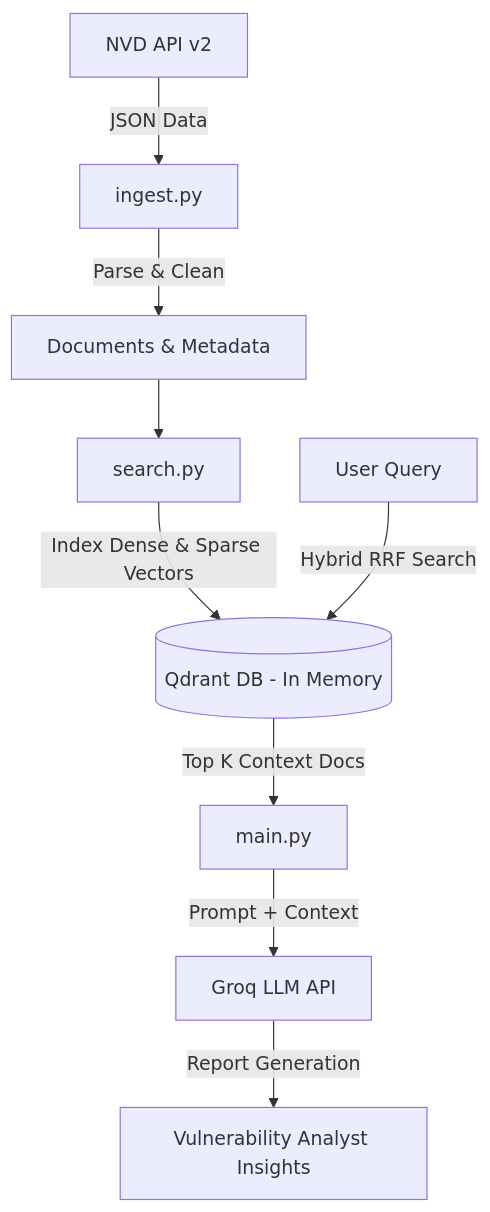
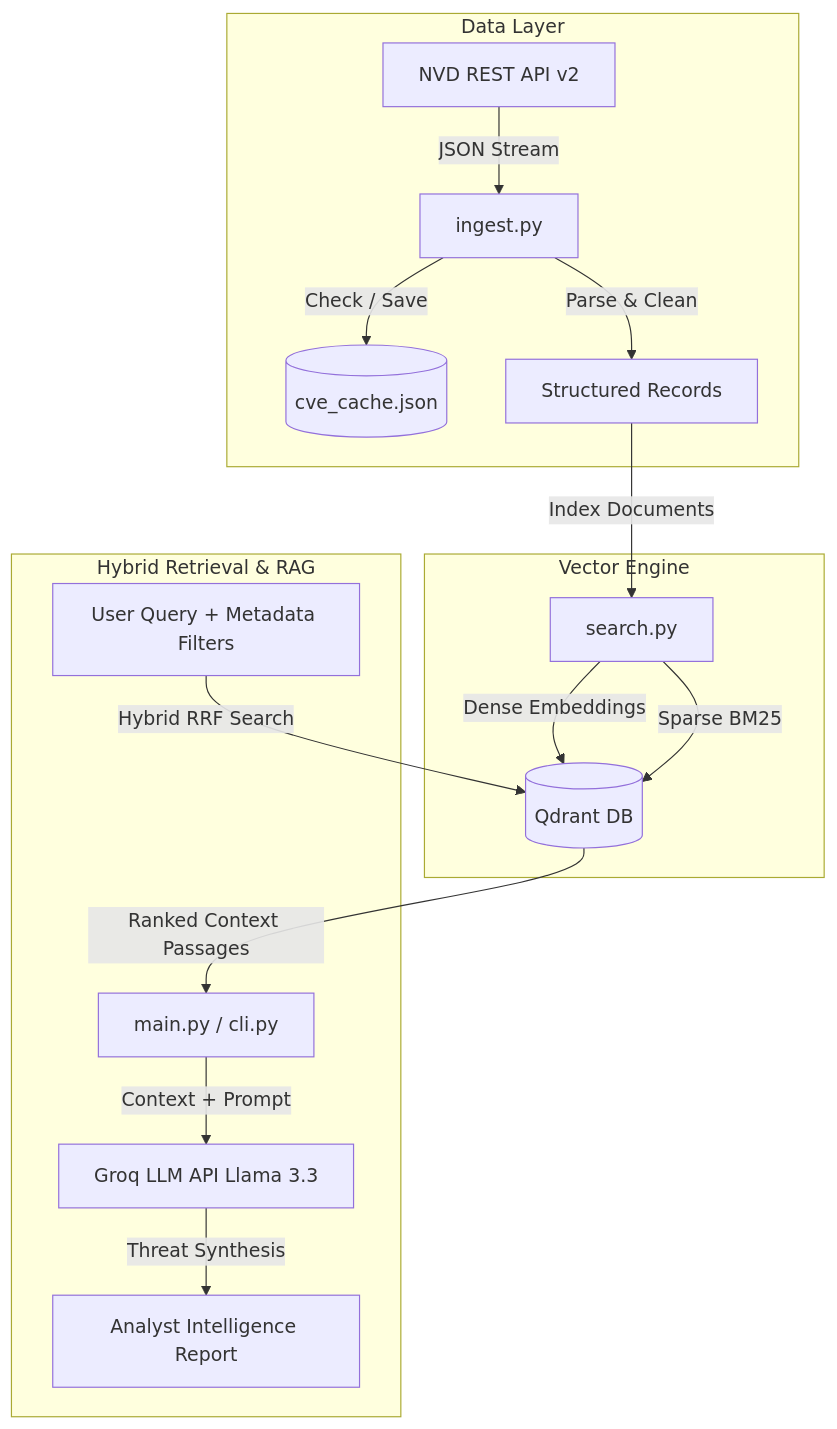
Before and after one commit to Abhinand-PV/Hybrid-RAG: the diagram in README.md, drawn with Mermaid. The commit also changed other lines of this file, not shown here.

````diff
--- a/README.md
+++ b/README.md
@@ -16,11 +69,21 @@
 ```mermaid
 graph TD
-    A[NVD API v2] -->|JSON Data| B[ingest.py]
-    B -->|Parse & Clean| C[Documents & Metadata]
-    C --> D[search.py]
-    D -->|Index Dense & Sparse Vectors| E[(Qdrant DB - In Memory)]
-    F[User Query] -->|Hybrid RRF Search| E
-    E -->|Top K Context Docs| G[main.py]
-    G -->|Prompt + Context| H[Groq LLM API]
-    H -->|Report Generation| I[Vulnerability Analyst Insights]
+    subgraph Data Layer
+        A[NVD REST API v2] -->|JSON Stream| B[ingest.py]
+        B -->|Check / Save| C[(cve_cache.json)]
+        B -->|Parse & Clean| D[Structured Records]
+    end
+
+    subgraph Vector Engine
+        D -->|Index Documents| E[search.py]
+        E -->|Dense Embeddings| F[(Qdrant DB)]
+        E -->|Sparse BM25| F
+    end
+
+    subgraph Hybrid Retrieval & RAG
+        G[User Query + Metadata Filters] -->|Hybrid RRF Search| F
+        F -->|Ranked Context Passages| H[main.py / cli.py]
+        H -->|Context + Prompt| I[Groq LLM API Llama 3.3]
+        I -->|Threat Synthesis| J[Analyst Intelligence Report]
+    end
 ```
````
